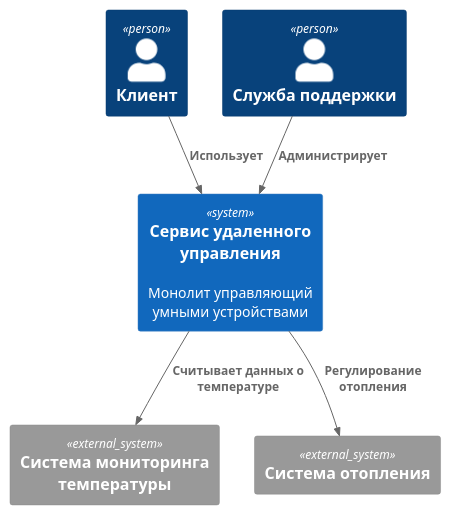
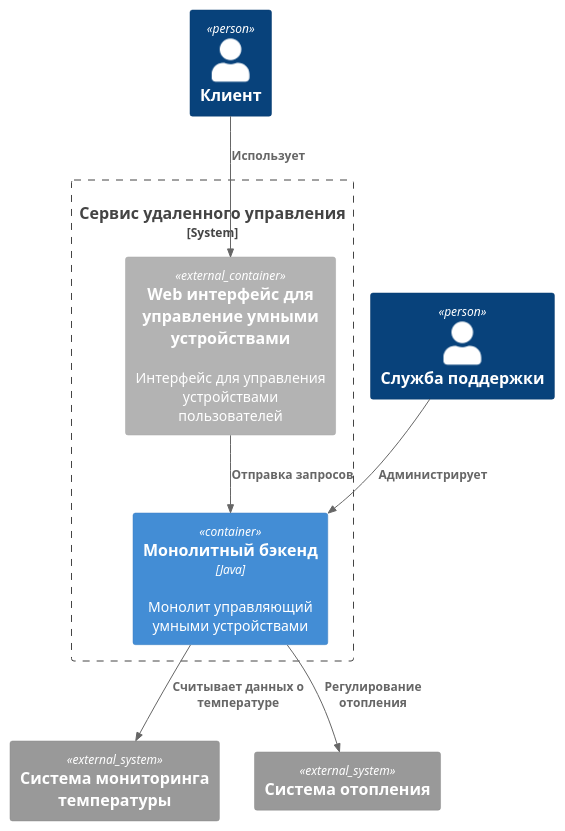
One commit to BlackDEK/architecture-sprint-3 changed the diagram in docs/context_as_is.plantuml. Above: the diagram before and after it, drawn with PlantUML. The commit also changed 1 other file, not shown here.

```diff
--- a/docs/context_as_is.plantuml
+++ b/docs/context_as_is.plantuml
@@ -1,15 +1,20 @@
 @startuml
-!include <C4/C4_Context>
+!include <C4/C4_Container>
 
 Person(client, "Клиент", "")
 Person(admin, "Служба поддержки", "")
-System(service, "Сервис удаленного управления", "Монолит управляющий умными устройствами")
 System_Ext(sensor1, "Система мониторинга температуры")
 System_Ext(sensor2, "Система отопления")
+System_Boundary(service, "Сервис удаленного управления") {
+    Container_Ext(frontend, "Web интерфейс для управление умными устройствами", "", "Интерфейс для управления устройствами пользователей")
+    Container(backend, "Монолитный бэкенд", "Java", "Монолит управляющий умными устройствами")
+}
 
-Rel(client, service, "Использует")
-Rel(admin, service, "Администрирует")
-Rel(service, sensor1, "Считывает данных о температуре")
-Rel(service, sensor2, "Регулирование отопления")
+Rel(client, frontend, "Использует")
+Rel(admin, backend, "Администрирует")
+Rel(backend, sensor1, "Считывает данных о температуре")
+Rel(backend, sensor2, "Регулирование отопления")
+Rel(frontend, backend, "Отправка запросов")
+
 
 @enduml
```
